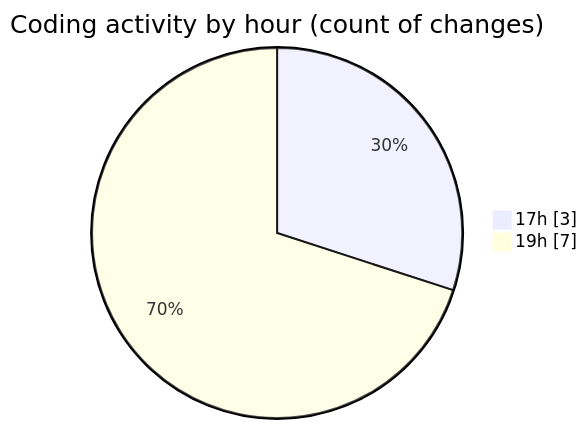
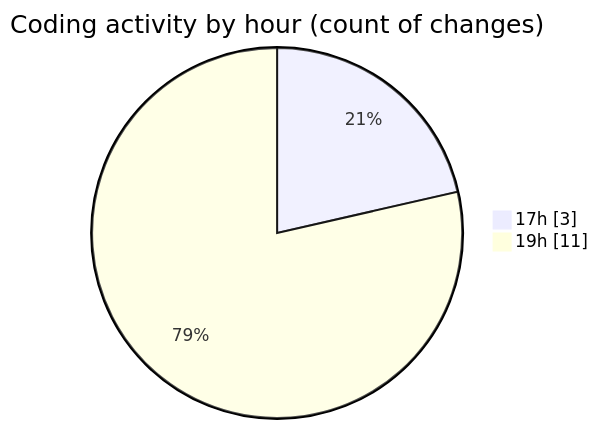
Before and after one commit to momahboobian/code-tracking: the second of 2 diagrams in 2025-02-19/samplepdf/README.md, drawn with Mermaid. The commit also changed other lines of this file and 1 other file, not shown here.

````diff
--- a/2025-02-19/samplepdf/README.md
+++ b/2025-02-19/samplepdf/README.md
@@ -31,6 +32,6 @@
 ```mermaid
 pie showData
 title Coding activity by hour (count of changes)
 "17h" : 3
-"19h" : 7
+"19h" : 11
 ```
````
